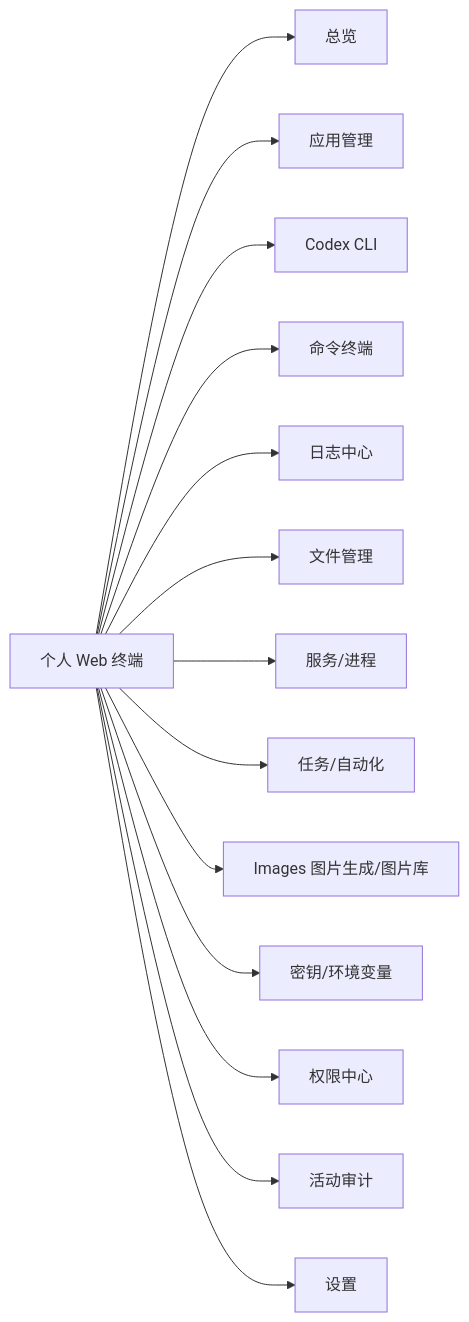
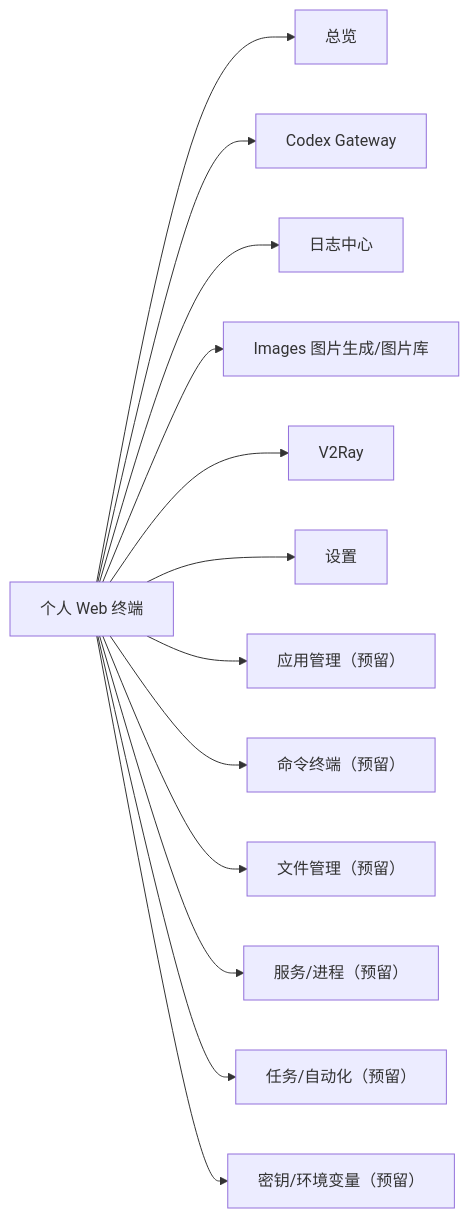
The first of 2 diagrams in docs/personal-web-terminal-product-features.md (NageNalock/phantom-lancer), drawn with Mermaid before and after one commit. The commit also changed other lines of this file and 36 other files, not shown here.

````diff
--- a/docs/personal-web-terminal-product-features.md
+++ b/docs/personal-web-terminal-product-features.md
@@ -65,16 +65,15 @@
 ```mermaid
 flowchart LR
   Console["个人 Web 终端"] --> Dashboard["总览"]
-  Console --> Apps["应用管理"]
-  Console --> Codex["Codex CLI"]
-  Console --> Shell["命令终端"]
+  Console --> Gateway["Codex Gateway"]
   Console --> Logs["日志中心"]
-  Console --> Files["文件管理"]
-  Console --> Services["服务/进程"]
-  Console --> Jobs["任务/自动化"]
   Console --> Images["Images 图片生成/图片库"]
-  Console --> Secrets["密钥/环境变量"]
-  Console --> Permissions["权限中心"]
-  Console --> Audit["活动审计"]
+  Console --> V2Ray["V2Ray"]
   Console --> Settings["设置"]
+  Console --> Apps["应用管理（预留）"]
+  Console --> Shell["命令终端（预留）"]
+  Console --> Files["文件管理（预留）"]
+  Console --> Services["服务/进程（预留）"]
+  Console --> Jobs["任务/自动化（预留）"]
+  Console --> Secrets["密钥/环境变量（预留）"]
 ```
````
